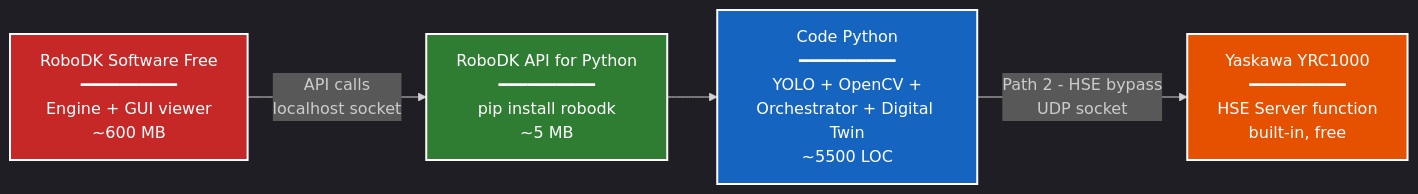
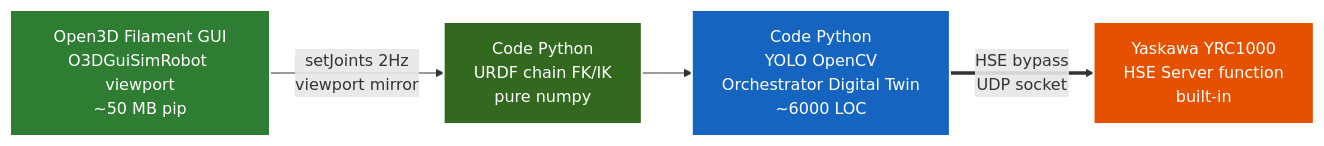
The first of 14 diagrams in docs/phat_bieu_bai_toan_v3_2_HD.md (manhhv87/DTwinGP7), drawn with Mermaid before and after one commit. The commit also changed other lines of this file and 54 other files, not shown here.

````diff
--- a/docs/phat_bieu_bai_toan_v3_2_HD.md
+++ b/docs/phat_bieu_bai_toan_v3_2_HD.md
@@ -33,12 +38,11 @@
 ```mermaid
-%%{init: {'theme':'dark'}}%%
 graph LR
-    A[RoboDK Software Free<br/>━━━━━━━━━━<br/>Engine + GUI viewer<br/>~600 MB] -->|API calls<br/>localhost socket| B[RoboDK API for Python<br/>━━━━━━━━━━<br/>pip install robodk<br/>~5 MB]
-    B --> C[Code Python<br/>━━━━━━━━━━<br/>YOLO + OpenCV +<br/>Orchestrator + Digital Twin<br/>~5500 LOC]
-    C -->|Path 2 - HSE bypass<br/>UDP socket| D[Yaskawa YRC1000<br/>━━━━━━━━━━<br/>HSE Server function<br/>built-in, free]
+    A[Open3D Filament GUI<br/>O3DGuiSimRobot viewport<br/>~50 MB pip] -->|setJoints 2Hz<br/>viewport mirror| B[Code Python<br/>URDF chain FK/IK<br/>pure numpy]
+    B --> C[Code Python<br/>YOLO OpenCV<br/>Orchestrator Digital Twin<br/>~6000 LOC]
+    C ==>|HSE bypass<br/>UDP socket| D[Yaskawa YRC1000<br/>HSE Server function<br/>built-in]
 
-    style A fill:#C62828,stroke:#fff,stroke-width:2px,color:#fff
-    style B fill:#2E7D32,stroke:#fff,stroke-width:2px,color:#fff
+    style A fill:#2E7D32,stroke:#fff,stroke-width:2px,color:#fff
+    style B fill:#33691E,stroke:#fff,stroke-width:2px,color:#fff
     style C fill:#1565C0,stroke:#fff,stroke-width:2px,color:#fff
     style D fill:#E65100,stroke:#fff,stroke-width:2px,color:#fff
 ```
````
